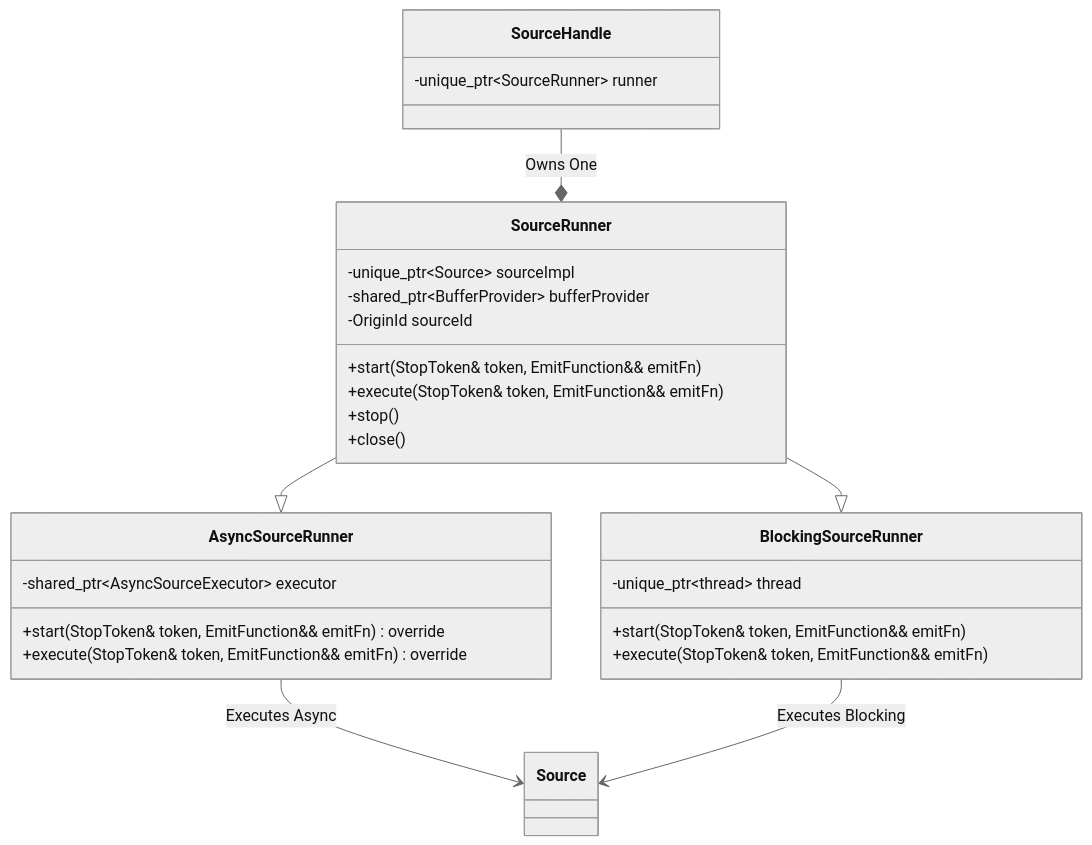
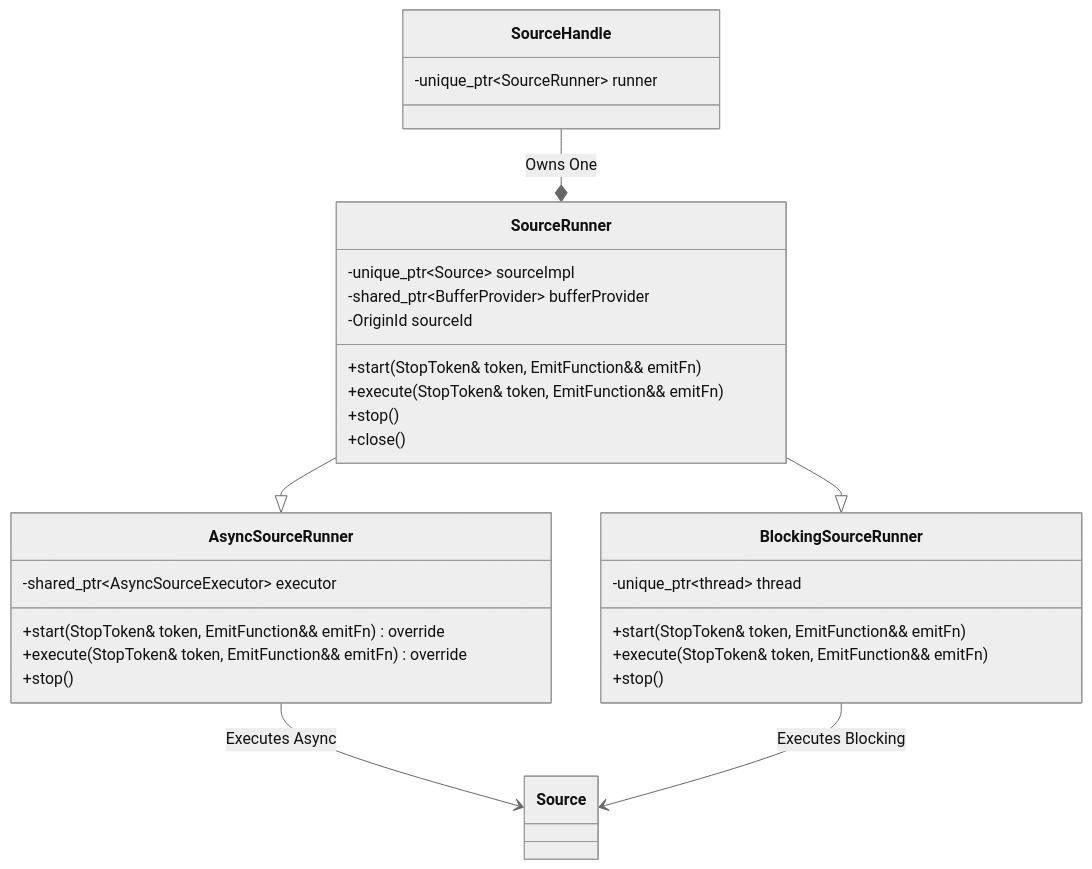
One commit to nebulastream/nebulastream changed the first of 2 diagrams in docs/design/20241011_source_redesign.md. Above: the diagram before and after it, drawn with Mermaid (neutral theme). The commit also changed other lines of this file, not shown here.

````diff
--- a/docs/design/20241011_source_redesign.md
+++ b/docs/design/20241011_source_redesign.md
@@ -210,34 +210,36 @@
 ```mermaid
 classDiagram
     SourceHandle --* SourceRunner: Owns One
     SourceRunner --|> BlockingSourceRunner
     SourceRunner --|> AsyncSourceRunner
     AsyncSourceRunner --> Source: Executes Async
     BlockingSourceRunner --> Source: Executes Blocking
 
     class SourceHandle {
       -unique_ptr~SourceRunner~ runner
     }
 
     class SourceRunner {
         -unique_ptr~Source~ sourceImpl
         -shared_ptr~BufferProvider~ bufferProvider
         -OriginId sourceId
         +start(StopToken& token, EmitFunction&& emitFn)
         +execute(StopToken& token, EmitFunction&& emitFn)
         +stop()
         +close()
     }
 
     class BlockingSourceRunner {
         -unique_ptr~thread~ thread
         +start(StopToken& token, EmitFunction&& emitFn)
         +execute(StopToken& token, EmitFunction&& emitFn)
+        +stop()
     }
 
     class AsyncSourceRunner {
         -shared_ptr~AsyncSourceExecutor~ executor
         +start(StopToken& token, EmitFunction&& emitFn) override
         +execute(StopToken& token, EmitFunction&& emitFn) override
+        +stop()
     }
 ```
````
